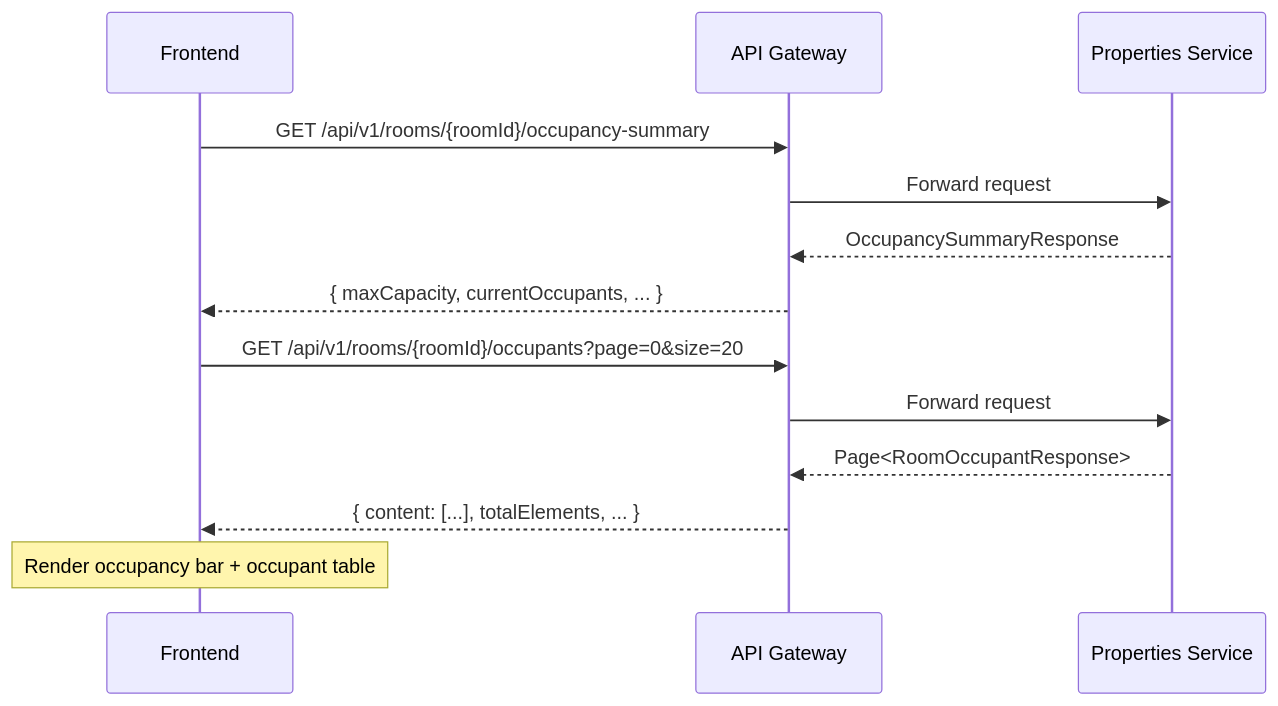
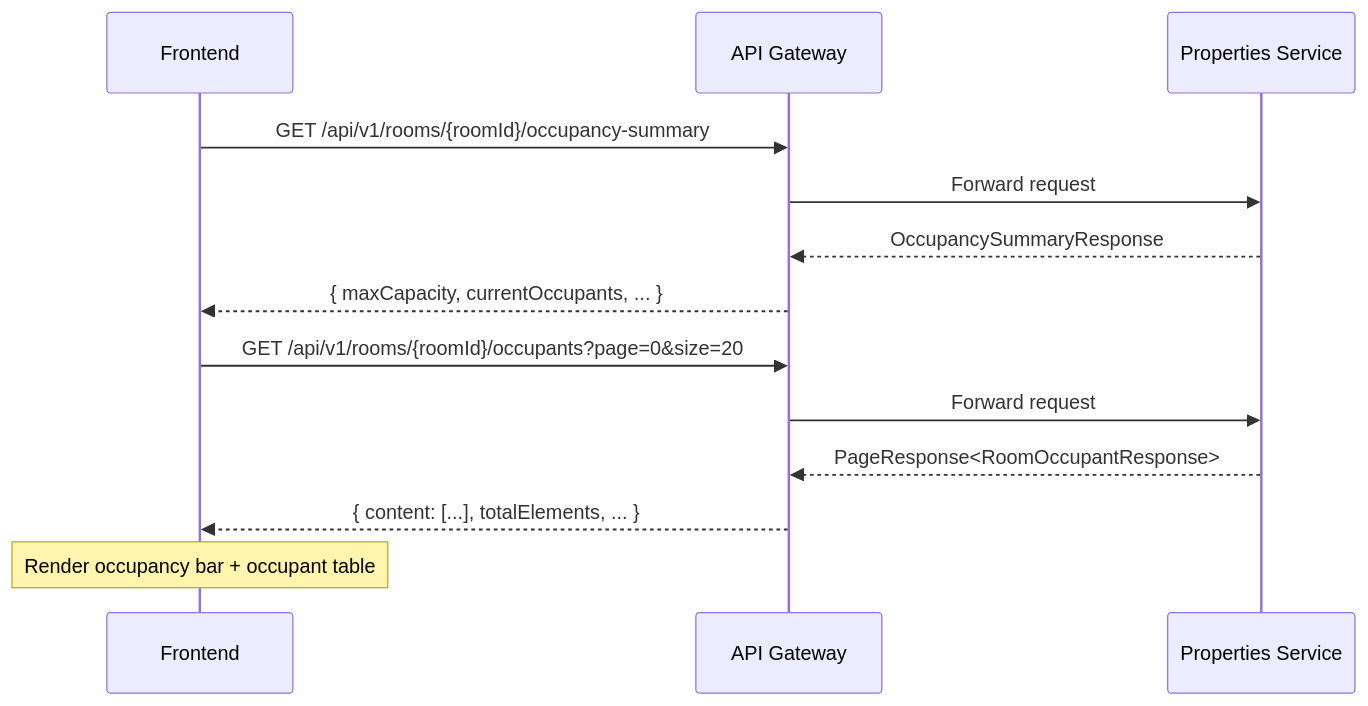
The diagram in properties-service/docs/api/room-occupants.md (quanglong68/rental-system-backend), drawn with Mermaid before and after one commit. The commit also changed other lines of this file and 628 other files, not shown here.

````diff
--- a/properties-service/docs/api/room-occupants.md
+++ b/properties-service/docs/api/room-occupants.md
@@ -325,18 +311,18 @@
 ```mermaid
 sequenceDiagram
     participant FE as Frontend
     participant GW as API Gateway
     participant PS as Properties Service
 
     FE->>GW: GET /api/v1/rooms/{roomId}/occupancy-summary
     GW->>PS: Forward request
     PS-->>GW: OccupancySummaryResponse
     GW-->>FE: { maxCapacity, currentOccupants, ... }
 
     FE->>GW: GET /api/v1/rooms/{roomId}/occupants?page=0&size=20
     GW->>PS: Forward request
-    PS-->>GW: Page<RoomOccupantResponse>
+    PS-->>GW: PageResponse<RoomOccupantResponse>
     GW-->>FE: { content: [...], totalElements, ... }
 
     Note over FE: Render occupancy bar + occupant table
 ```
````
